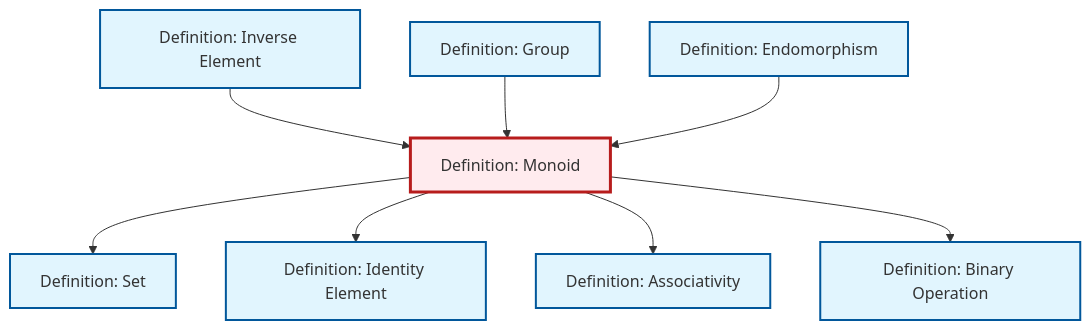
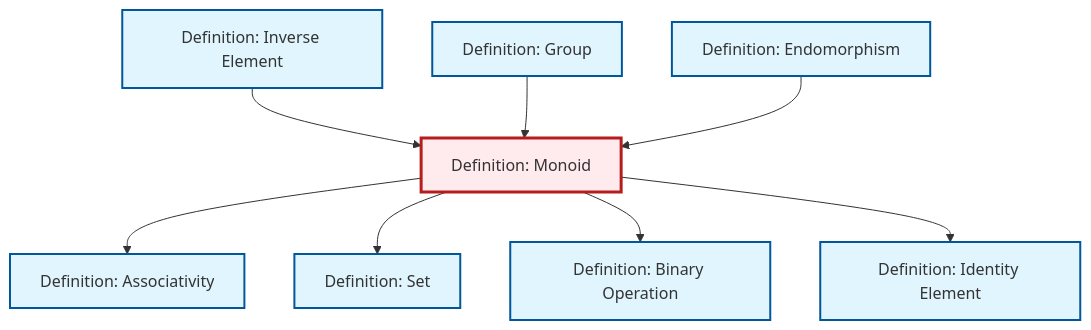
Before and after one commit to RK0429/ModernMath: the diagram in content/en/algebra/def-monoid.qmd, drawn with Mermaid. The commit also changed other lines of this file and 1012 other files, not shown here.

````diff
--- a/content/en/algebra/def-monoid.qmd
+++ b/content/en/algebra/def-monoid.qmd
@@ -81,32 +81,32 @@
 ```{mermaid}
 %%| fig-cap: "Local dependency graph"
 graph TD
     classDef definition fill:#e1f5fe,stroke:#01579b,stroke-width:2px
     classDef theorem fill:#f3e5f5,stroke:#4a148c,stroke-width:2px
     classDef axiom fill:#fff3e0,stroke:#e65100,stroke-width:2px
     classDef example fill:#e8f5e9,stroke:#1b5e20,stroke-width:2px
     classDef current fill:#ffebee,stroke:#b71c1c,stroke-width:3px
+    def-endomorphism["Definition: Endomorphism"]:::definition
     def-associativity["Definition: Associativity"]:::definition
-    def-set["Definition: Set"]:::definition
-    def-endomorphism["Definition: Endomorphism"]:::definition
+    def-identity-element["Definition: Identity Element"]:::definition
     def-binary-operation["Definition: Binary Operation"]:::definition
     def-inverse-element["Definition: Inverse Element"]:::definition
-    def-identity-element["Definition: Identity Element"]:::definition
+    def-set["Definition: Set"]:::definition
     def-monoid["Definition: Monoid"]:::definition
     def-group["Definition: Group"]:::definition
+    def-monoid --> def-associativity
     def-monoid --> def-set
+    def-monoid --> def-binary-operation
     def-inverse-element --> def-monoid
+    def-monoid --> def-identity-element
     def-group --> def-monoid
     def-endomorphism --> def-monoid
-    def-monoid --> def-identity-element
-    def-monoid --> def-associativity
-    def-monoid --> def-binary-operation
     class def-monoid current
+    click def-endomorphism "def-endomorphism.html" "Go to Endomorphism definition"
     click def-associativity "def-associativity.html" "Go to Associativity definition"
-    click def-set "def-set.html" "Go to Set definition"
-    click def-endomorphism "def-endomorphism.html" "Go to Endomorphism definition"
+    click def-identity-element "def-identity-element.html" "Go to Identity Element definition"
     click def-binary-operation "def-binary-operation.html" "Go to Binary Operation definition"
     click def-inverse-element "def-inverse-element.html" "Go to Inverse Element definition"
-    click def-identity-element "def-identity-element.html" "Go to Identity Element definition"
+    click def-set "def-set.html" "Go to Set definition"
     click def-group "def-group.html" "Go to Group definition"
 ```
````
